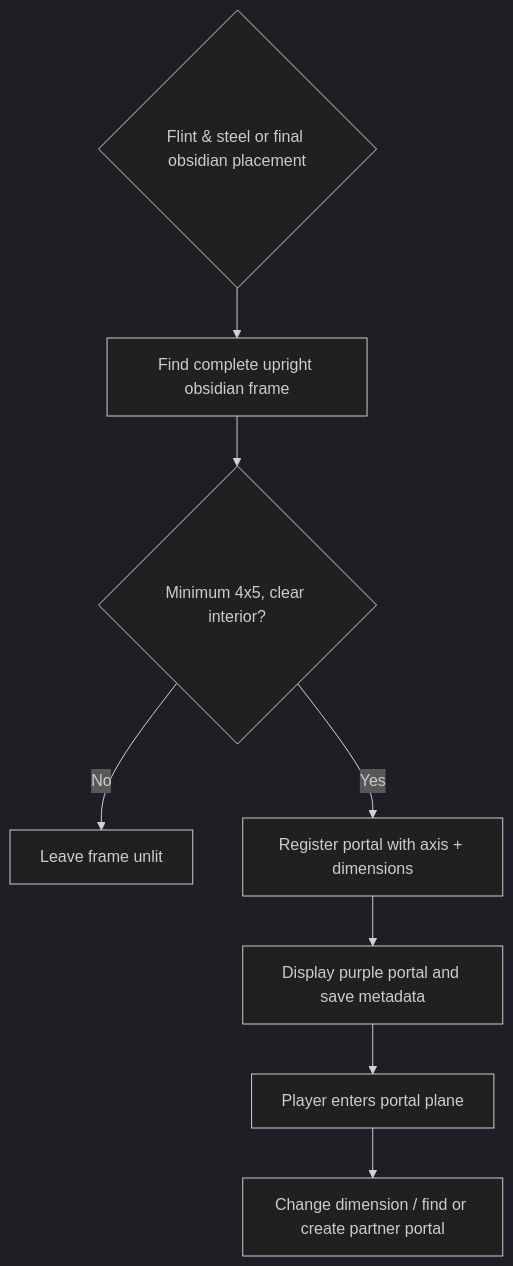
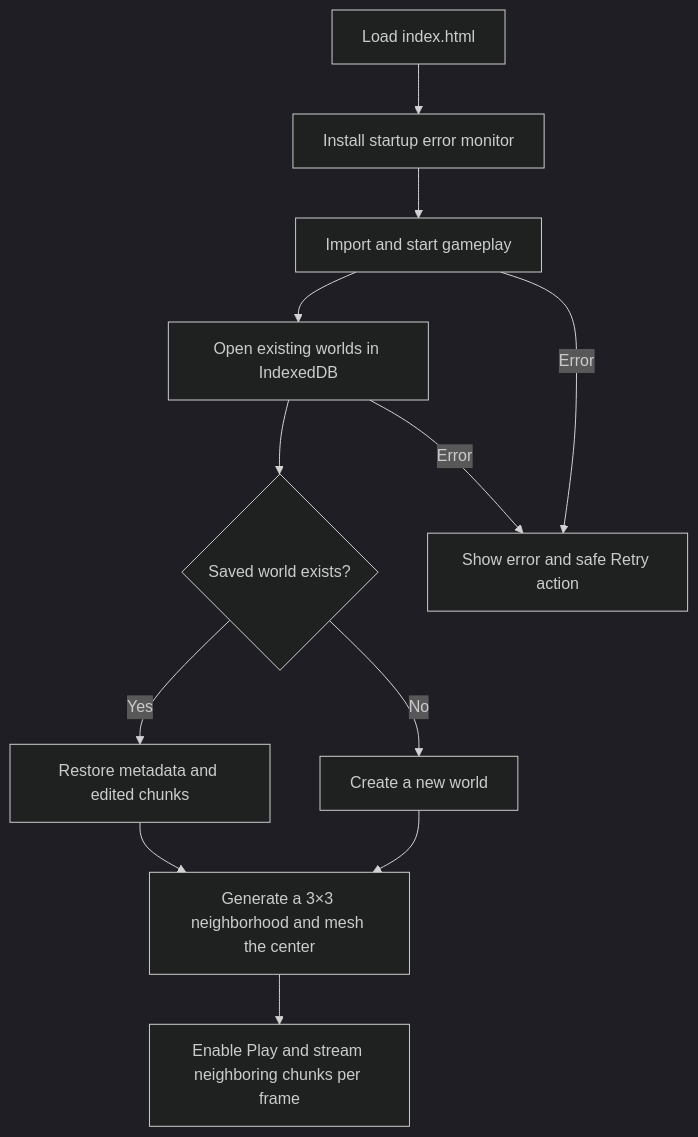
One commit to MauriceCraft/MauriceCraft changed the second of 2 diagrams in docs/ARCHITECTURE.md. Above: the diagram before and after it, drawn with Mermaid (dark theme). The commit also changed other lines of this file and 3 other files, not shown here.

First line of the commit message:
docs(architecture): give Maurice an accurate module map and testing path

````diff
--- a/docs/ARCHITECTURE.md
+++ b/docs/ARCHITECTURE.md
@@ -53,10 +46,14 @@
 ```mermaid
 flowchart TD
-    Trigger{"Flint & steel or final obsidian placement"} --> Scan["Find complete upright obsidian frame"]
-    Scan --> Valid{"Minimum 4x5, clear interior?"}
-    Valid -- No --> Unlit["Leave frame unlit"]
-    Valid -- Yes --> Register["Register portal with axis + dimensions"]
-    Register --> Show["Display purple portal and save metadata"]
-    Show --> EntryCheck["Player enters portal plane"]
-    EntryCheck --> Travel["Change dimension / find or create partner portal"]
+    Start["Load index.html"] --> Monitor["Install startup error monitor"]
+    Monitor --> Import["Import and start gameplay"]
+    Import --> OpenDB["Open existing worlds in IndexedDB"]
+    OpenDB --> World{"Saved world exists?"}
+    World -- Yes --> Restore["Restore metadata and edited chunks"]
+    World -- No --> Create["Create a new world"]
+    Restore --> Prime["Generate a 3×3 neighborhood and mesh the center"]
+    Create --> Prime
+    Prime --> Play["Enable Play and stream neighboring chunks per frame"]
+    Import -- Error --> Retry["Show error and safe Retry action"]
+    OpenDB -- Error --> Retry
 ```
````
